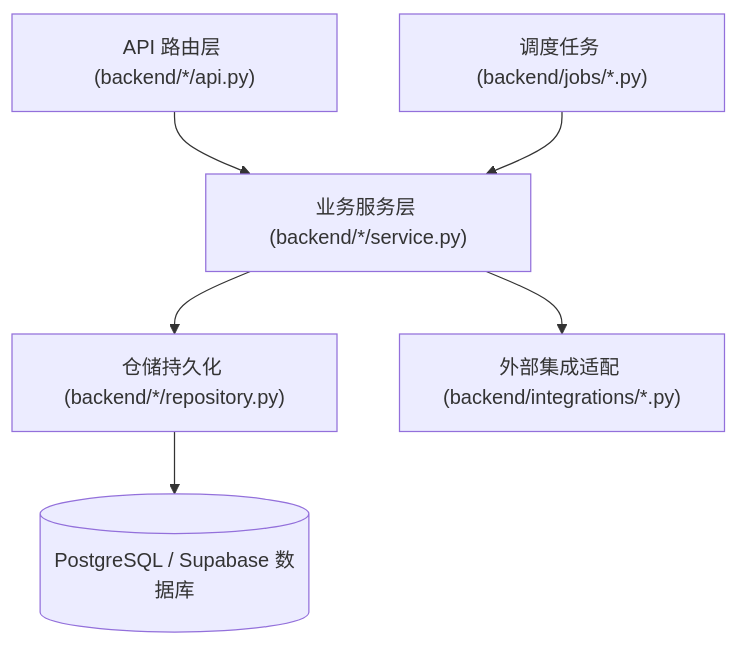
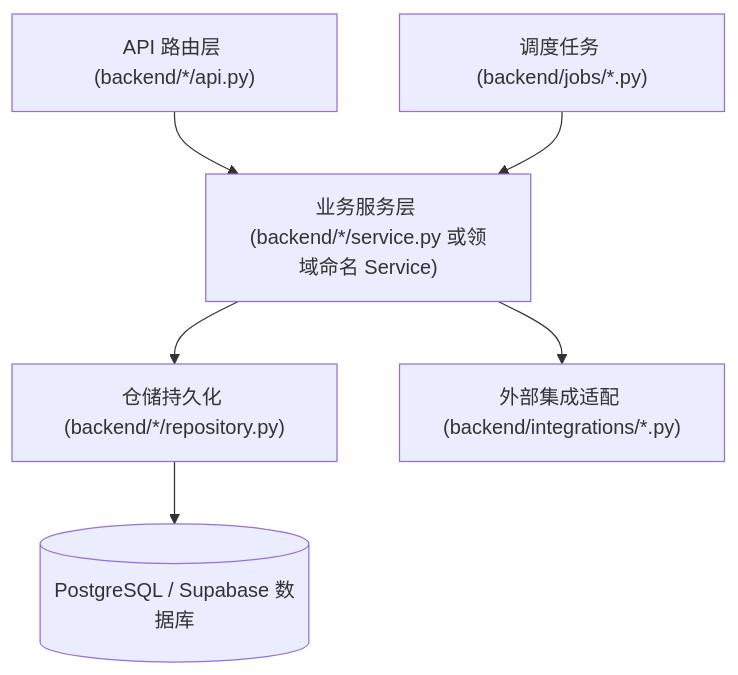
Before and after one commit to sinojelly/wealthsail: the second of 7 diagrams in docs/10.WealthSail-MVP前后端实现与系统部署规范.md, drawn with Mermaid. The commit also changed other lines of this file and 43 other files, not shown here.

````diff
--- a/docs/10.WealthSail-MVP前后端实现与系统部署规范.md
+++ b/docs/10.WealthSail-MVP前后端实现与系统部署规范.md
@@ -122,8 +125,8 @@
 ```mermaid
 flowchart TD
-    API["API 路由层 (backend/*/api.py)"] --> Service["业务服务层 (backend/*/service.py)"]
+    API["API 路由层 (backend/*/api.py)"] --> Service["业务服务层 (backend/*/service.py 或领域命名 Service)"]
     Jobs["调度任务 (backend/jobs/*.py)"] --> Service
     Service --> Repo["仓储持久化 (backend/*/repository.py)"]
     Service --> Integration["外部集成适配 (backend/integrations/*.py)"]
     Repo --> DB[("PostgreSQL / Supabase 数据库")]
 ```
````
